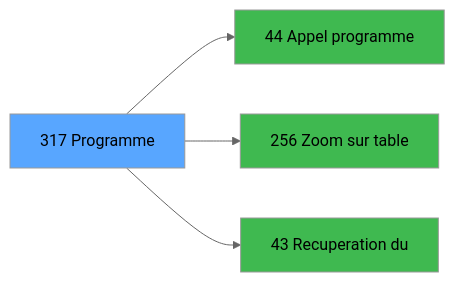
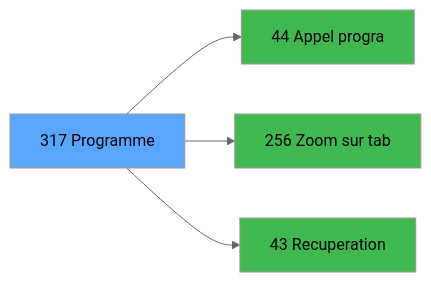
The third of 3 diagrams in .openspec/specs/ADH-IDE-317.md (thonyAGP/magic-migration), drawn with Mermaid (neutral theme) before and after one commit. The commit also changed other lines of this file and 323 other files, not shown here.

````diff
--- a/.openspec/specs/ADH-IDE-317.md
+++ b/.openspec/specs/ADH-IDE-317.md
@@ -116,14 +127,14 @@
 ```mermaid
 graph LR
     T[317 Programme]
-    C44[44 Appel programme]
+    C44[44 Appel progra]
     T --> C44
-    C256[256 Zoom sur table ]
+    C256[256 Zoom sur tab]
     T --> C256
-    C43[43 Recuperation du]
+    C43[43 Recuperation]
     T --> C43
     style T fill:#58a6ff,color:#000
     style C44 fill:#3fb950
     style C256 fill:#3fb950
     style C43 fill:#3fb950
 ```
````
